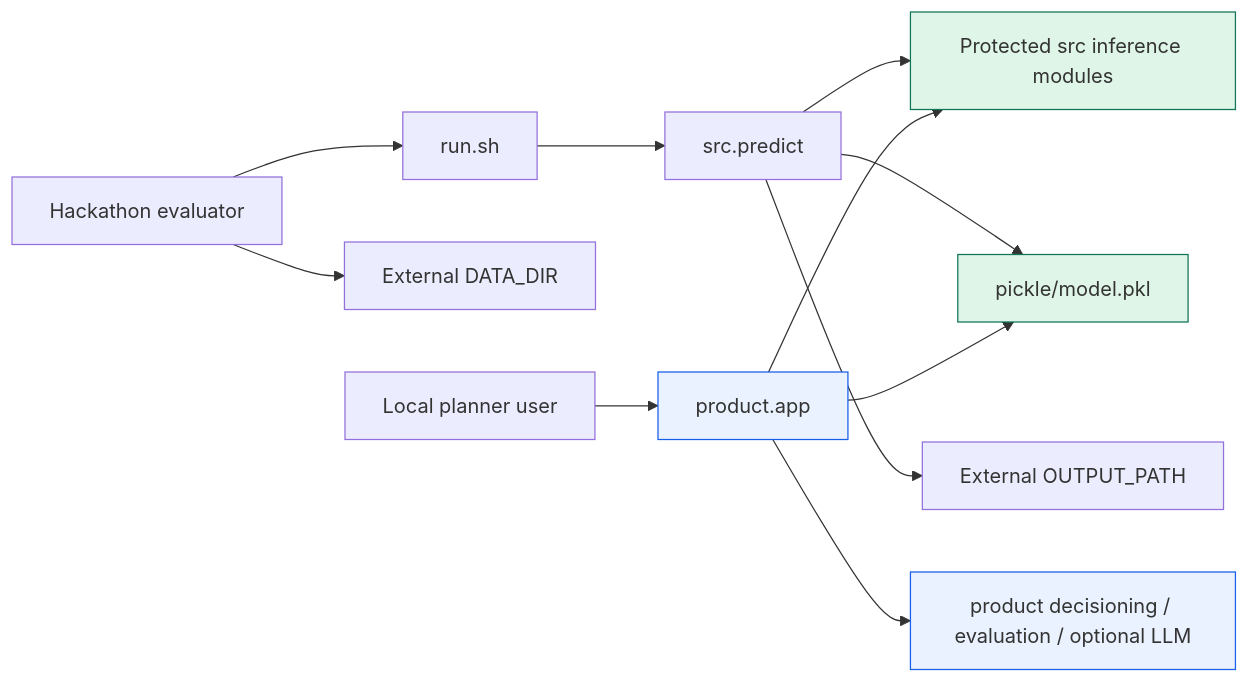
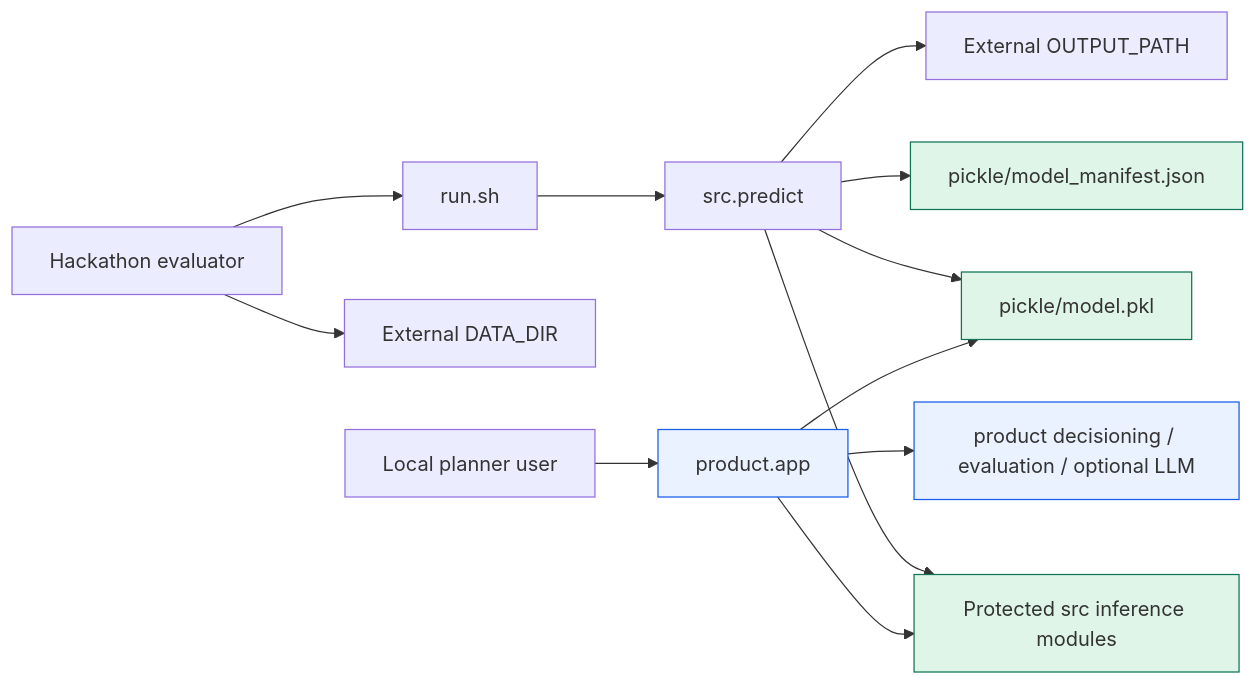
The diagram in product/docs/submission_layer_architecture.md (ansh-0069/HORIZON), drawn with Mermaid before and after one commit. The commit also changed other lines of this file and 42 other files, not shown here.

````diff
--- a/product/docs/submission_layer_architecture.md
+++ b/product/docs/submission_layer_architecture.md
@@ -7,19 +7,21 @@
 ```mermaid
 flowchart LR
   E[Hackathon evaluator] --> R[run.sh]
   R --> P[src.predict]
   P --> I[Protected src inference modules]
   P --> M[pickle/model.pkl]
+  P --> H[pickle/model_manifest.json]
   E --> D[External DATA_DIR]
   P --> O[External OUTPUT_PATH]
 
   U[Local planner user] --> A[product.app]
   A --> I
   A --> M
   A --> X[product decisioning / evaluation / optional LLM]
 
   style I fill:#dff5e7,stroke:#107457
   style M fill:#dff5e7,stroke:#107457
+  style H fill:#dff5e7,stroke:#107457
   style A fill:#eaf2ff,stroke:#175ee8
   style X fill:#eaf2ff,stroke:#175ee8
 ```
````
